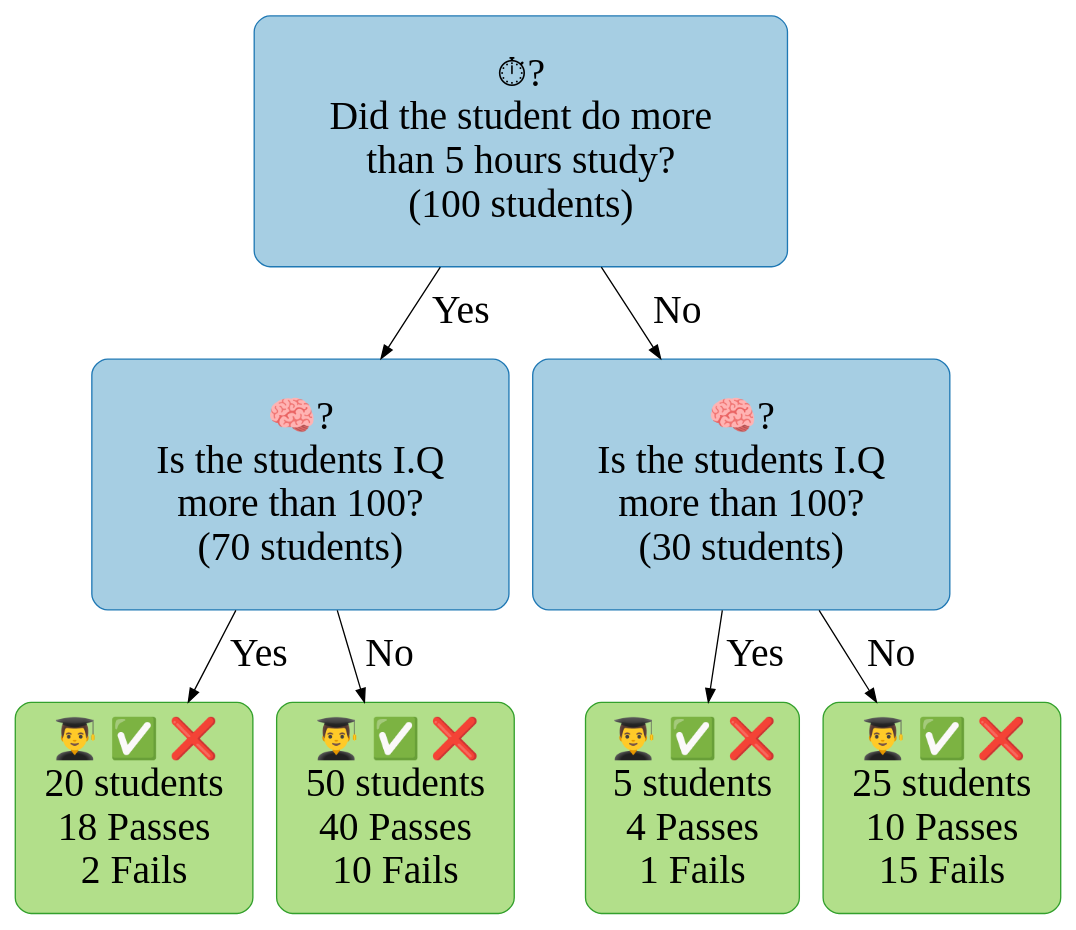
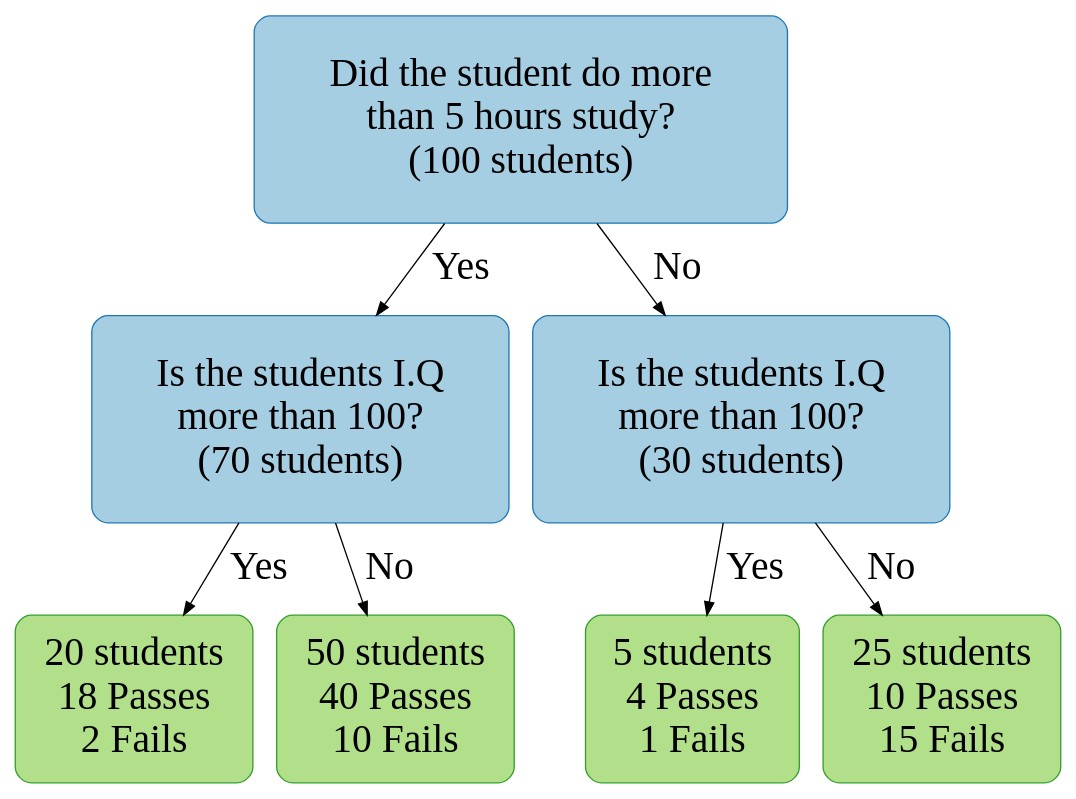
The diagram in blog-material/decision.dot (simonwardjones/simonwardjones.co.uk), drawn with Graphviz before and after one commit.

Commit message:
remove emojis

```diff
--- a/blog-material/decision.dot
+++ b/blog-material/decision.dot
@@ -1,49 +1,49 @@
 digraph Tree {
     graph [
         fontname="Roboto-Light"
     ]
     node [
         fontsize=30
         margin="0.4"
         fontname="Roboto-Light"
         colorscheme=paired9
         style="filled,rounded"
         shape=record
     ]
     edge [
         fontsize=30
         fontname="Roboto-Light"
     ]
     question1[
-        label="⏱?\nDid the student do more\n than 5 hours study?\n(100 students)"
+        label="Did the student do more\n than 5 hours study?\n(100 students)"
         fillcolor=1
         color=2
     ]
     question2_1[
-        label="🧠?\nIs the students I.Q\nmore than 100?\n(70 students)"
+        label="Is the students I.Q\nmore than 100?\n(70 students)"
         fillcolor=1
         color=2
     ]
     question2_2[
-        label="🧠?\nIs the students I.Q\n more than 100?\n(30 students)"
+        label="Is the students I.Q\n more than 100?\n(30 students)"
         fillcolor=1
         color=2
     ]
     node [
         margin="0.1,0.2"
         fillcolor=3
         color=4
     ]
-    out1[label="👨‍🎓 ✅ ❌\n20 students\n18 Passes\n2 Fails"]
-    out2[label="👨‍🎓 ✅ ❌\n50 students\n40 Passes\n10 Fails"]
-    out3[label="👨‍🎓 ✅ ❌\n5 students\n4 Passes\n1 Fails"]
-    out4[label="👨‍🎓 ✅ ❌\n25 students\n10 Passes\n15 Fails"]
+    out1[label="20 students\n18 Passes\n2 Fails"]
+    out2[label="50 students\n40 Passes\n10 Fails"]
+    out3[label="5 students\n4 Passes\n1 Fails"]
+    out4[label="25 students\n10 Passes\n15 Fails"]
 
     question1 -> question2_1[label=" Yes"]
     question1 -> question2_2[label=" No"]
 
     question2_1 -> out1[label=" Yes"]
     question2_1 -> out2[label=" No"]
     question2_2 -> out3[label=" Yes"]
     question2_2 -> out4[label=" No"]
 }
```
